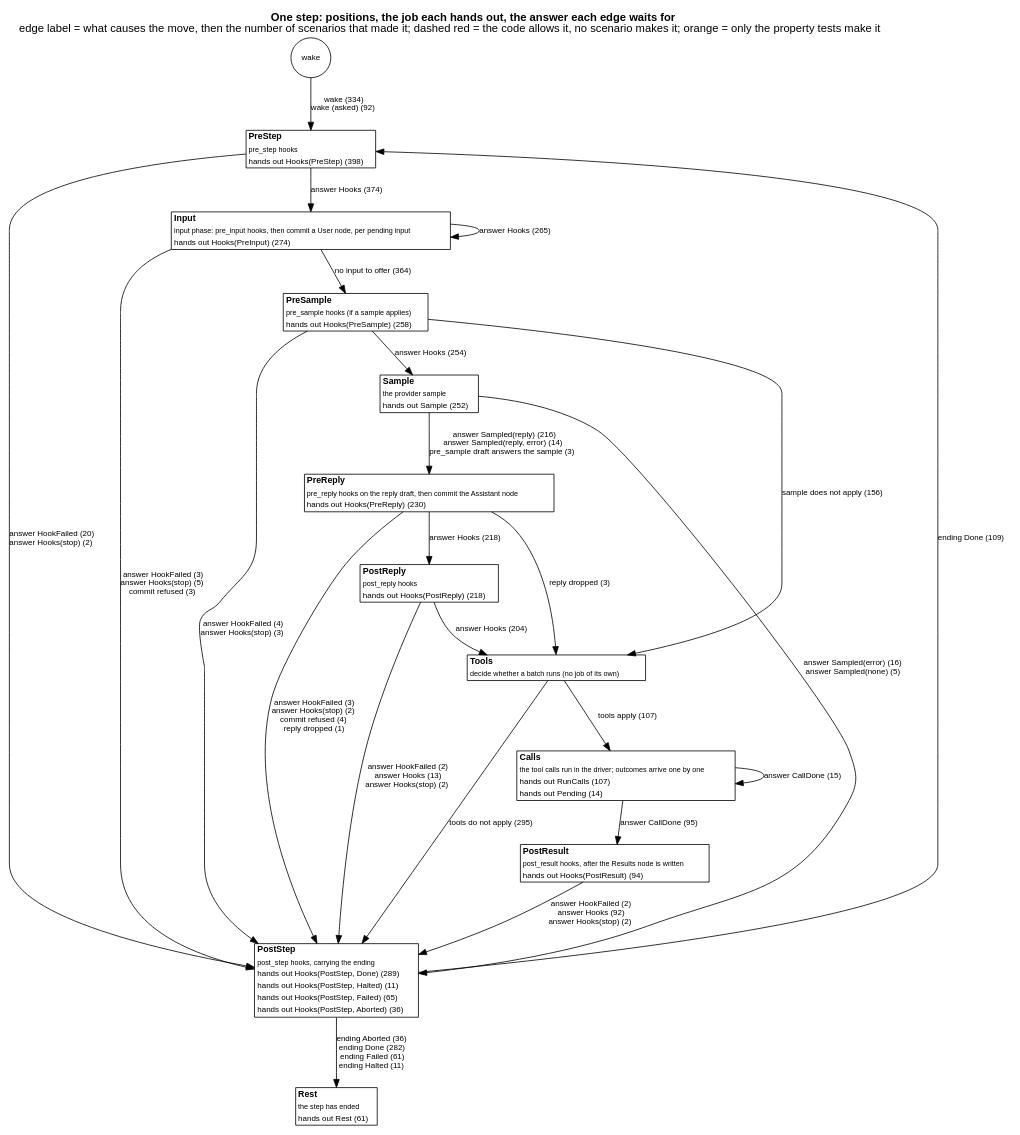
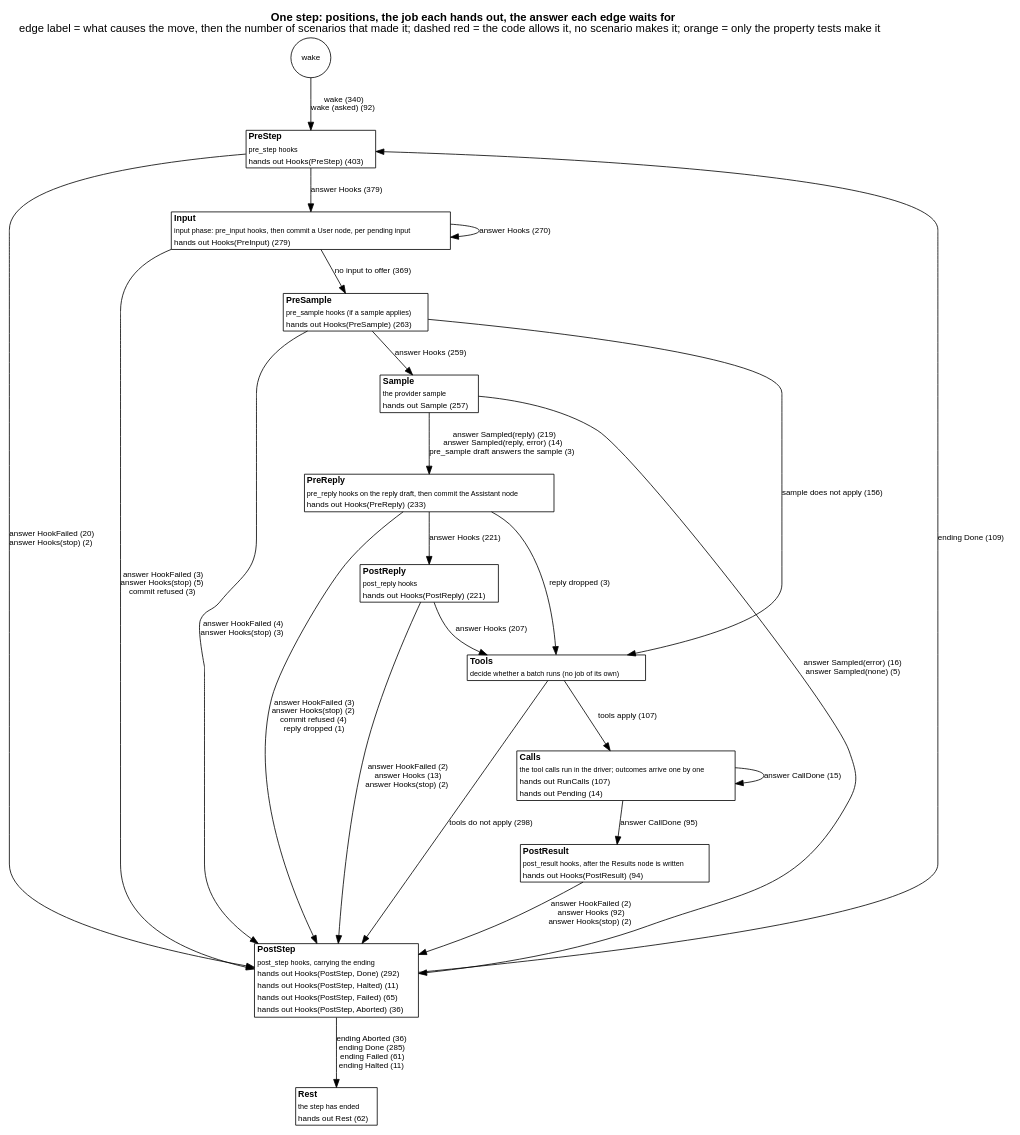
Before and after one commit to jmccardle/tau: the diagram in docs/as-built/diagrams/step-positions.dot, drawn with Graphviz. The commit also changed 50 other files, not shown here.

```diff
--- a/docs/as-built/diagrams/step-positions.dot
+++ b/docs/as-built/diagrams/step-positions.dot
@@ -1,41 +1,41 @@
 // Generated by scripts/diagrams.sh from the test suites' transitions. Do not edit.
 digraph step_positions {
   graph [rankdir=TB, fontname="Helvetica", nodesep=0.5, ranksep=0.6, labelloc=t, label=<<b>One step: positions, the job each hands out, the answer each edge waits for</b><br/>edge label = what causes the move, then the number of scenarios that made it; dashed red = the code allows it, no scenario makes it; orange = only the property tests make it>];
   node [shape=plain, fontname="Helvetica", fontsize=11];
   edge [fontname="Helvetica", fontsize=10];
   "(wake)" [shape=circle, label="wake", fontsize=10];
-  "PreStep" [label=<<table border="1" cellborder="0" cellspacing="0" bgcolor="white"><tr><td align="left"><b>PreStep</b></td></tr><tr><td align="left"><font point-size="9">pre_step hooks</font></td></tr><tr><td align="left"><font color="black" point-size="10">hands out Hooks(PreStep) (398)</font></td></tr></table>>];
-  "Input" [label=<<table border="1" cellborder="0" cellspacing="0" bgcolor="white"><tr><td align="left"><b>Input</b></td></tr><tr><td align="left"><font point-size="9">input phase: pre_input hooks, then commit a User node, per pending input</font></td></tr><tr><td align="left"><font color="black" point-size="10">hands out Hooks(PreInput) (274)</font></td></tr></table>>];
-  "PreSample" [label=<<table border="1" cellborder="0" cellspacing="0" bgcolor="white"><tr><td align="left"><b>PreSample</b></td></tr><tr><td align="left"><font point-size="9">pre_sample hooks (if a sample applies)</font></td></tr><tr><td align="left"><font color="black" point-size="10">hands out Hooks(PreSample) (258)</font></td></tr></table>>];
-  "Sample" [label=<<table border="1" cellborder="0" cellspacing="0" bgcolor="white"><tr><td align="left"><b>Sample</b></td></tr><tr><td align="left"><font point-size="9">the provider sample</font></td></tr><tr><td align="left"><font color="black" point-size="10">hands out Sample (252)</font></td></tr></table>>];
-  "PreReply" [label=<<table border="1" cellborder="0" cellspacing="0" bgcolor="white"><tr><td align="left"><b>PreReply</b></td></tr><tr><td align="left"><font point-size="9">pre_reply hooks on the reply draft, then commit the Assistant node</font></td></tr><tr><td align="left"><font color="black" point-size="10">hands out Hooks(PreReply) (230)</font></td></tr></table>>];
-  "PostReply" [label=<<table border="1" cellborder="0" cellspacing="0" bgcolor="white"><tr><td align="left"><b>PostReply</b></td></tr><tr><td align="left"><font point-size="9">post_reply hooks</font></td></tr><tr><td align="left"><font color="black" point-size="10">hands out Hooks(PostReply) (218)</font></td></tr></table>>];
+  "PreStep" [label=<<table border="1" cellborder="0" cellspacing="0" bgcolor="white"><tr><td align="left"><b>PreStep</b></td></tr><tr><td align="left"><font point-size="9">pre_step hooks</font></td></tr><tr><td align="left"><font color="black" point-size="10">hands out Hooks(PreStep) (403)</font></td></tr></table>>];
+  "Input" [label=<<table border="1" cellborder="0" cellspacing="0" bgcolor="white"><tr><td align="left"><b>Input</b></td></tr><tr><td align="left"><font point-size="9">input phase: pre_input hooks, then commit a User node, per pending input</font></td></tr><tr><td align="left"><font color="black" point-size="10">hands out Hooks(PreInput) (279)</font></td></tr></table>>];
+  "PreSample" [label=<<table border="1" cellborder="0" cellspacing="0" bgcolor="white"><tr><td align="left"><b>PreSample</b></td></tr><tr><td align="left"><font point-size="9">pre_sample hooks (if a sample applies)</font></td></tr><tr><td align="left"><font color="black" point-size="10">hands out Hooks(PreSample) (263)</font></td></tr></table>>];
+  "Sample" [label=<<table border="1" cellborder="0" cellspacing="0" bgcolor="white"><tr><td align="left"><b>Sample</b></td></tr><tr><td align="left"><font point-size="9">the provider sample</font></td></tr><tr><td align="left"><font color="black" point-size="10">hands out Sample (257)</font></td></tr></table>>];
+  "PreReply" [label=<<table border="1" cellborder="0" cellspacing="0" bgcolor="white"><tr><td align="left"><b>PreReply</b></td></tr><tr><td align="left"><font point-size="9">pre_reply hooks on the reply draft, then commit the Assistant node</font></td></tr><tr><td align="left"><font color="black" point-size="10">hands out Hooks(PreReply) (233)</font></td></tr></table>>];
+  "PostReply" [label=<<table border="1" cellborder="0" cellspacing="0" bgcolor="white"><tr><td align="left"><b>PostReply</b></td></tr><tr><td align="left"><font point-size="9">post_reply hooks</font></td></tr><tr><td align="left"><font color="black" point-size="10">hands out Hooks(PostReply) (221)</font></td></tr></table>>];
   "Tools" [label=<<table border="1" cellborder="0" cellspacing="0" bgcolor="white"><tr><td align="left"><b>Tools</b></td></tr><tr><td align="left"><font point-size="9">decide whether a batch runs (no job of its own)</font></td></tr></table>>];
   "Calls" [label=<<table border="1" cellborder="0" cellspacing="0" bgcolor="white"><tr><td align="left"><b>Calls</b></td></tr><tr><td align="left"><font point-size="9">the tool calls run in the driver; outcomes arrive one by one</font></td></tr><tr><td align="left"><font color="black" point-size="10">hands out RunCalls (107)</font></td></tr><tr><td align="left"><font color="black" point-size="10">hands out Pending (14)</font></td></tr></table>>];
   "PostResult" [label=<<table border="1" cellborder="0" cellspacing="0" bgcolor="white"><tr><td align="left"><b>PostResult</b></td></tr><tr><td align="left"><font point-size="9">post_result hooks, after the Results node is written</font></td></tr><tr><td align="left"><font color="black" point-size="10">hands out Hooks(PostResult) (94)</font></td></tr></table>>];
-  "PostStep" [label=<<table border="1" cellborder="0" cellspacing="0" bgcolor="white"><tr><td align="left"><b>PostStep</b></td></tr><tr><td align="left"><font point-size="9">post_step hooks, carrying the ending</font></td></tr><tr><td align="left"><font color="black" point-size="10">hands out Hooks(PostStep, Done) (289)</font></td></tr><tr><td align="left"><font color="black" point-size="10">hands out Hooks(PostStep, Halted) (11)</font></td></tr><tr><td align="left"><font color="black" point-size="10">hands out Hooks(PostStep, Failed) (65)</font></td></tr><tr><td align="left"><font color="black" point-size="10">hands out Hooks(PostStep, Aborted) (36)</font></td></tr></table>>];
-  "Rest" [label=<<table border="1" cellborder="0" cellspacing="0" bgcolor="white"><tr><td align="left"><b>Rest</b></td></tr><tr><td align="left"><font point-size="9">the step has ended</font></td></tr><tr><td align="left"><font color="black" point-size="10">hands out Rest (61)</font></td></tr></table>>];
-  "(wake)" -> "PreStep" [label=<wake (334)<br/>wake (asked) (92)>, color="black", style=solid];
+  "PostStep" [label=<<table border="1" cellborder="0" cellspacing="0" bgcolor="white"><tr><td align="left"><b>PostStep</b></td></tr><tr><td align="left"><font point-size="9">post_step hooks, carrying the ending</font></td></tr><tr><td align="left"><font color="black" point-size="10">hands out Hooks(PostStep, Done) (292)</font></td></tr><tr><td align="left"><font color="black" point-size="10">hands out Hooks(PostStep, Halted) (11)</font></td></tr><tr><td align="left"><font color="black" point-size="10">hands out Hooks(PostStep, Failed) (65)</font></td></tr><tr><td align="left"><font color="black" point-size="10">hands out Hooks(PostStep, Aborted) (36)</font></td></tr></table>>];
+  "Rest" [label=<<table border="1" cellborder="0" cellspacing="0" bgcolor="white"><tr><td align="left"><b>Rest</b></td></tr><tr><td align="left"><font point-size="9">the step has ended</font></td></tr><tr><td align="left"><font color="black" point-size="10">hands out Rest (62)</font></td></tr></table>>];
+  "(wake)" -> "PreStep" [label=<wake (340)<br/>wake (asked) (92)>, color="black", style=solid];
   "Calls" -> "Calls" [label=<answer CallDone (15)>, color="black", style=solid];
   "Calls" -> "PostResult" [label=<answer CallDone (95)>, color="black", style=solid];
-  "Input" -> "Input" [label=<answer Hooks (265)>, color="black", style=solid];
+  "Input" -> "Input" [label=<answer Hooks (270)>, color="black", style=solid];
   "Input" -> "PostStep" [label=<answer HookFailed (3)<br/>answer Hooks(stop) (5)<br/>commit refused (3)>, color="black", style=solid];
-  "Input" -> "PreSample" [label=<no input to offer (364)>, color="black", style=solid];
+  "Input" -> "PreSample" [label=<no input to offer (369)>, color="black", style=solid];
   "PostReply" -> "PostStep" [label=<answer HookFailed (2)<br/>answer Hooks (13)<br/>answer Hooks(stop) (2)>, color="black", style=solid];
-  "PostReply" -> "Tools" [label=<answer Hooks (204)>, color="black", style=solid];
+  "PostReply" -> "Tools" [label=<answer Hooks (207)>, color="black", style=solid];
   "PostResult" -> "PostStep" [label=<answer HookFailed (2)<br/>answer Hooks (92)<br/>answer Hooks(stop) (2)>, color="black", style=solid];
   "PostStep" -> "PreStep" [label=<ending Done (109)>, color="black", style=solid];
-  "PostStep" -> "Rest" [label=<ending Aborted (36)<br/>ending Done (282)<br/>ending Failed (61)<br/>ending Halted (11)>, color="black", style=solid];
-  "PreReply" -> "PostReply" [label=<answer Hooks (218)>, color="black", style=solid];
+  "PostStep" -> "Rest" [label=<ending Aborted (36)<br/>ending Done (285)<br/>ending Failed (61)<br/>ending Halted (11)>, color="black", style=solid];
+  "PreReply" -> "PostReply" [label=<answer Hooks (221)>, color="black", style=solid];
   "PreReply" -> "PostStep" [label=<answer HookFailed (3)<br/>answer Hooks(stop) (2)<br/>commit refused (4)<br/>reply dropped (1)>, color="black", style=solid];
   "PreReply" -> "Tools" [label=<reply dropped (3)>, color="black", style=solid];
   "PreSample" -> "PostStep" [label=<answer HookFailed (4)<br/>answer Hooks(stop) (3)>, color="black", style=solid];
-  "PreSample" -> "Sample" [label=<answer Hooks (254)>, color="black", style=solid];
+  "PreSample" -> "Sample" [label=<answer Hooks (259)>, color="black", style=solid];
   "PreSample" -> "Tools" [label=<sample does not apply (156)>, color="black", style=solid];
-  "PreStep" -> "Input" [label=<answer Hooks (374)>, color="black", style=solid];
+  "PreStep" -> "Input" [label=<answer Hooks (379)>, color="black", style=solid];
   "PreStep" -> "PostStep" [label=<answer HookFailed (20)<br/>answer Hooks(stop) (2)>, color="black", style=solid];
   "Sample" -> "PostStep" [label=<answer Sampled(error) (16)<br/>answer Sampled(none) (5)>, color="black", style=solid];
-  "Sample" -> "PreReply" [label=<answer Sampled(reply) (216)<br/>answer Sampled(reply, error) (14)<br/>pre_sample draft answers the sample (3)>, color="black", style=solid];
+  "Sample" -> "PreReply" [label=<answer Sampled(reply) (219)<br/>answer Sampled(reply, error) (14)<br/>pre_sample draft answers the sample (3)>, color="black", style=solid];
   "Tools" -> "Calls" [label=<tools apply (107)>, color="black", style=solid];
-  "Tools" -> "PostStep" [label=<tools do not apply (295)>, color="black", style=solid];
+  "Tools" -> "PostStep" [label=<tools do not apply (298)>, color="black", style=solid];
 }
```
